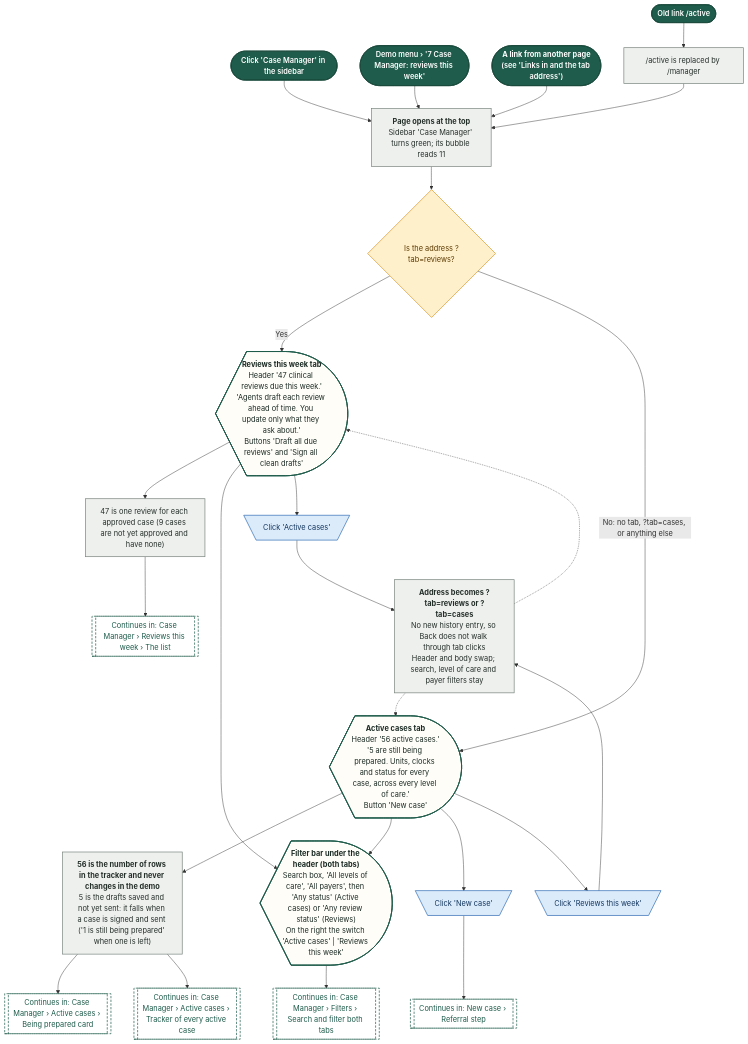
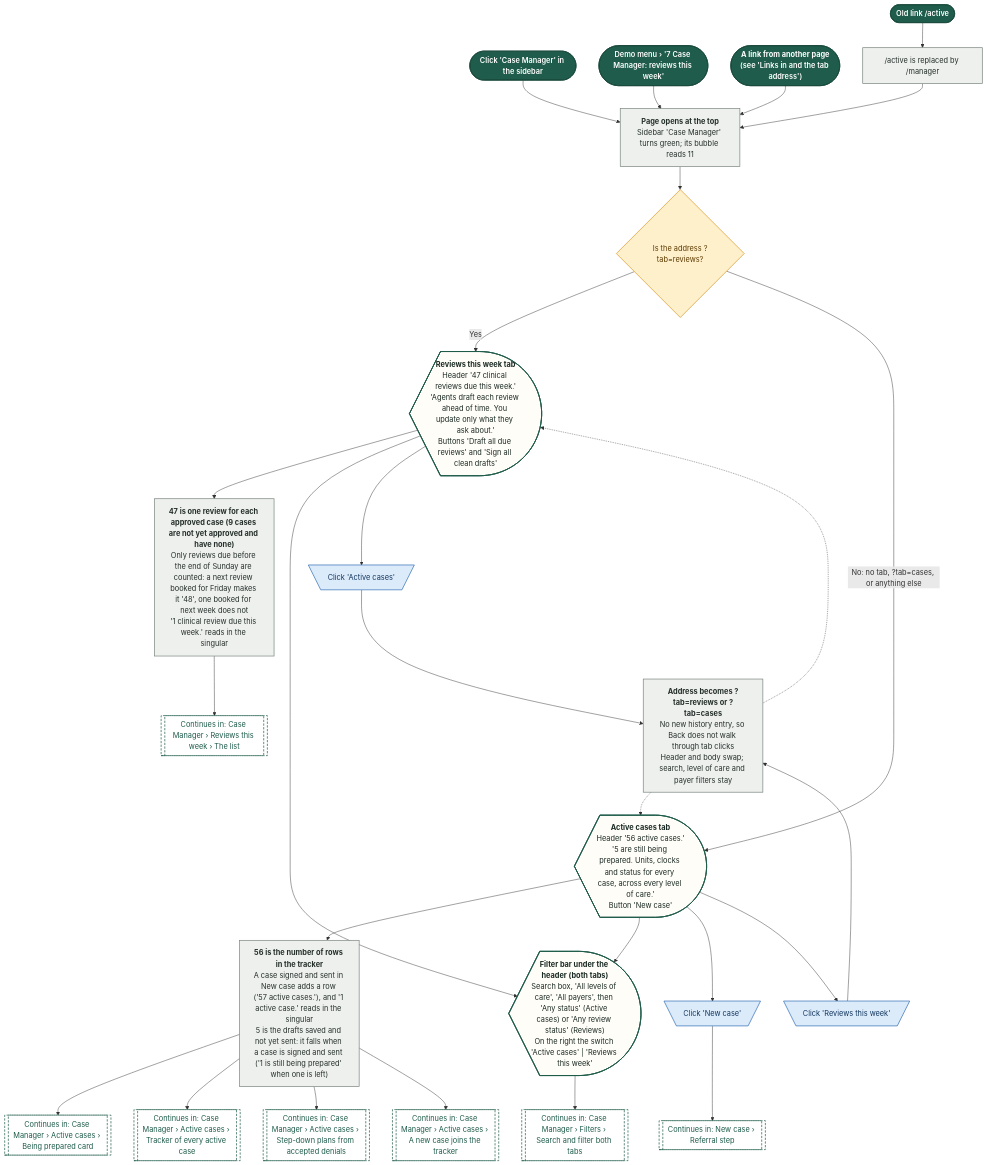
Before and after one commit to Shrav143/psyfloapp: the first of 21 diagrams in demos/prior-auth-demo/workflows/out/md/07-case-manager.md, drawn with Mermaid. The commit also changed other lines of this file and 195 other files, not shown here.

First line of the commit message:
docs: Rebuild workflow diagrams after the demo fixes (220 diagrams)

````diff
--- a/demos/prior-auth-demo/workflows/out/md/07-case-manager.md
+++ b/demos/prior-auth-demo/workflows/out/md/07-case-manager.md
@@ -15,65 +15,69 @@
 ```mermaid
 %%{init: {"theme":"base","themeVariables":{"fontFamily":"'DM Sans', 'Segoe UI', system-ui, sans-serif","fontSize":"15px","lineColor":"#5B6B63","primaryTextColor":"#1C2B25","clusterBkg":"#FBF8F3","clusterBorder":"#D9CDBB","edgeLabelBackground":"#FFFFFF"},"flowchart":{"curve":"basis","nodeSpacing":36,"rankSpacing":48,"padding":12,"htmlLabels":true,"useMaxWidth":false,"wrappingWidth":230}} }%%
 flowchart TD
   classDef k_start fill:#1F5C4B,stroke:#174638,color:#FFFFFF,stroke-width:1.5px,font-weight:600
   classDef k_end fill:#DDEFE3,stroke:#2E7D4F,color:#14502F,stroke-width:1.5px,font-weight:600
   classDef k_endx fill:#FBE3E0,stroke:#C0392B,color:#7A1F16,stroke-width:1.5px,font-weight:600
   classDef k_screen fill:#FFFDF8,stroke:#1F5C4B,color:#1C2B25,stroke-width:2px
   classDef k_overlay fill:#F1F7F3,stroke:#1F5C4B,color:#1C2B25,stroke-width:2px,stroke-dasharray:5 3
   classDef k_click fill:#DCEBFA,stroke:#2F6DB5,color:#12365F,stroke-width:1.5px
   classDef k_input fill:#E4E7FF,stroke:#4C5FD5,color:#1D2670,stroke-width:1.5px
   classDef k_process fill:#EEF0EE,stroke:#7A857F,color:#26302B,stroke-width:1.5px
   classDef k_agent fill:#EEE5FA,stroke:#7A4FC2,color:#341A63,stroke-width:1.5px
   classDef k_decision fill:#FFF0CC,stroke:#D9962B,color:#5C3B00,stroke-width:1.5px
   classDef k_store fill:#D5F0EA,stroke:#1C8E7B,color:#0B4A3F,stroke-width:1.5px
   classDef k_doc fill:#F6E9DC,stroke:#B07A4C,color:#4A2E14,stroke-width:1.5px
   classDef k_ext fill:#FFE6D2,stroke:#E07B39,color:#6B2F06,stroke-width:1.5px
   classDef k_wait fill:#E4E8EE,stroke:#6B7C93,color:#26303D,stroke-width:1.5px
   classDef k_toast fill:#FFF9DB,stroke:#C9A400,color:#5A4A00,stroke-width:1.5px
   classDef k_goto fill:#FFFFFF,stroke:#1F5C4B,color:#1F5C4B,stroke-width:1.5px,stroke-dasharray:5 3
   s1@{ shape: stadium, label: "Click 'Case Manager' in the sidebar" }
   s2@{ shape: stadium, label: "Demo menu › '7 Case Manager: reviews this week'" }
   s3@{ shape: stadium, label: "Old link /active" }
   s4@{ shape: stadium, label: "<b>A link from another page</b><br/>(see 'Links in and the tab address')" }
   p0@{ shape: rect, label: "/active is replaced by /manager" }
   p1@{ shape: rect, label: "<b>Page opens at the top</b><br/>Sidebar 'Case Manager' turns green; its bubble reads 11" }
   d1@{ shape: diam, label: "Is the address ?tab=reviews?" }
   sA@{ shape: curv-trap, label: "<b>Active cases tab</b><br/>Header '56 active cases.'<br/>'5 are still being prepared. Units, clocks and status for every case, across every level of care.'<br/>Button 'New case'" }
-  cA@{ shape: rect, label: "<b>56 is the number of rows in the tracker and never changes in the demo</b><br/>5 is the drafts saved and not yet sent: it falls when a case is signed and sent ('1 is still being prepared' when one is left)" }
+  cA@{ shape: rect, label: "<b>56 is the number of rows in the tracker</b><br/>A case signed and sent in New case adds a row ('57 active cases.'), and '1 active case.' reads in the singular<br/>5 is the drafts saved and not yet sent: it falls when a case is signed and sent ('1 is still being prepared' when one is left)" }
   sR@{ shape: curv-trap, label: "<b>Reviews this week tab</b><br/>Header '47 clinical reviews due this week.'<br/>'Agents draft each review ahead of time. You update only what they ask about.'<br/>Buttons 'Draft all due reviews' and 'Sign all clean drafts'" }
-  cR@{ shape: rect, label: "47 is one review for each approved case (9 cases are not yet approved and have none)" }
+  cR@{ shape: rect, label: "<b>47 is one review for each approved case (9 cases are not yet approved and have none)</b><br/>Only reviews due before the end of Sunday are counted: a next review booked for Friday makes it '48', one booked for next week does not<br/>'1 clinical review due this week.' reads in the singular" }
   sF@{ shape: curv-trap, label: "<b>Filter bar under the header (both tabs)</b><br/>Search box, 'All levels of care', 'All payers', then 'Any status' (Active cases) or 'Any review status' (Reviews)<br/>On the right the switch 'Active cases' | 'Reviews this week'" }
   c1@{ shape: trap-t, label: "Click 'Reviews this week'" }
   c2@{ shape: trap-t, label: "Click 'Active cases'" }
   p2@{ shape: rect, label: "<b>Address becomes ?tab=reviews or ?tab=cases</b><br/>No new history entry, so Back does not walk through tab clicks<br/>Header and body swap; search, level of care and payer filters stay" }
   c3@{ shape: trap-t, label: "Click 'New case'" }
   g1@{ shape: subproc, label: "Continues in: Case Manager › Filters › Search and filter both tabs" }
   g2@{ shape: subproc, label: "Continues in: Case Manager › Active cases › Being prepared card" }
   g3@{ shape: subproc, label: "Continues in: Case Manager › Active cases › Tracker of every active case" }
   g4@{ shape: subproc, label: "Continues in: Case Manager › Reviews this week › The list" }
   g5@{ shape: subproc, label: "Continues in: New case › Referral step" }
+  g6@{ shape: subproc, label: "Continues in: Case Manager › Active cases › Step-down plans from accepted denials" }
+  g7@{ shape: subproc, label: "Continues in: Case Manager › Active cases › A new case joins the tracker" }
   s1 --> p1
   s2 --> p1
   s3 --> p0 --> p1
   s4 --> p1
   p1 --> d1
   d1 -->|"Yes"| sR --> cR
   d1 -->|"No: no tab, ?tab=cases, or anything else"| sA --> cA
   sA --> sF
   sR --> sF
   sF --> g1
   sA --> c3 --> g5
   sA --> c1 --> p2
   sR --> c2 --> p2
   p2 -.-> sA
   p2 -.-> sR
   cA --> g2
   cA --> g3
+  cA --> g6
+  cA --> g7
   cR --> g4
   class s1,s2,s3,s4 k_start
   class p0,p1,cA,cR,p2 k_process
   class d1 k_decision
   class sA,sR,sF k_screen
   class c1,c2,c3 k_click
-  class g1,g2,g3,g4,g5 k_goto
+  class g1,g2,g3,g4,g5,g6,g7 k_goto
 ```
````
